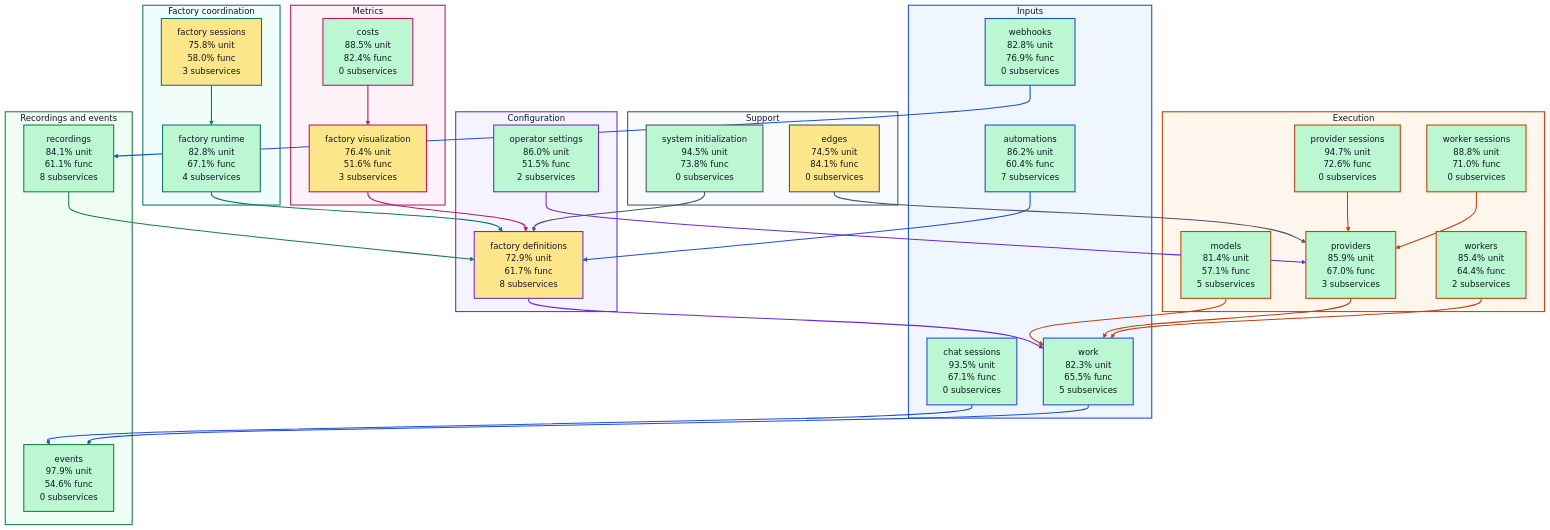
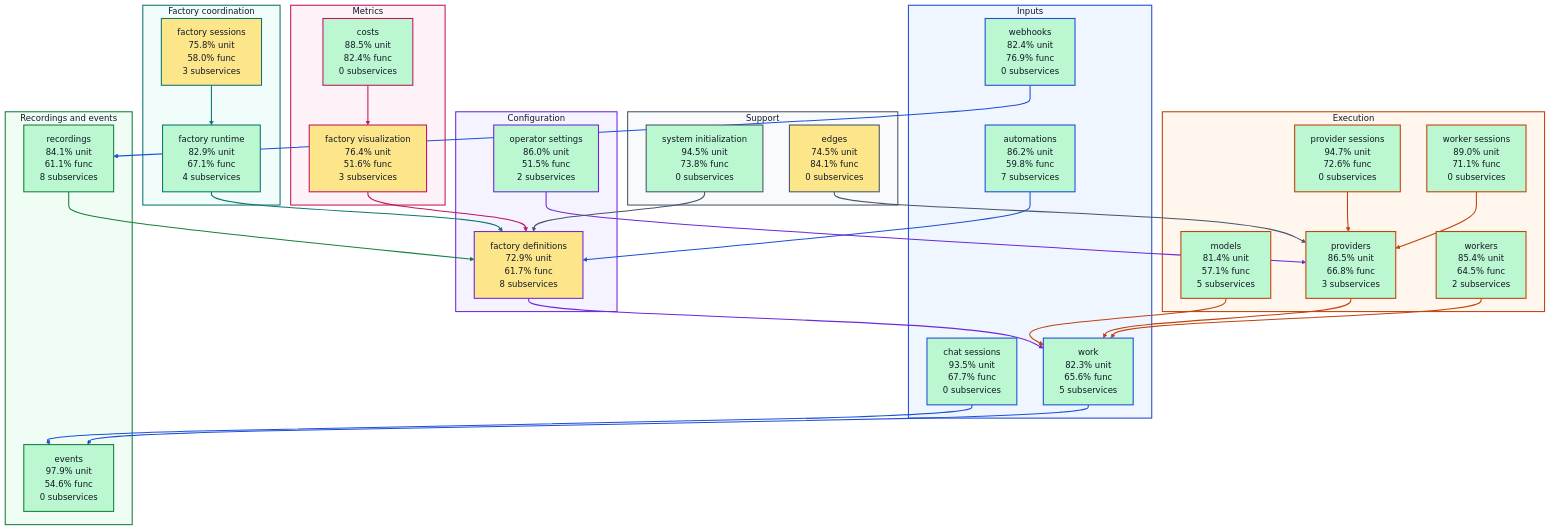
One commit to portpowered/you-agent-factory changed the diagram in docs/architecture/visualizations/high-level-test-coverage.md. Above: the diagram before and after it, drawn with Mermaid. The commit also changed other lines of this file and 20 other files, not shown here.

Commit message:
docs: refresh backend architecture visualizations

````diff
--- a/docs/architecture/visualizations/high-level-test-coverage.md
+++ b/docs/architecture/visualizations/high-level-test-coverage.md
@@ -11,25 +11,25 @@
 ```mermaid
 flowchart TB
   subgraph input["Inputs"]
-    s_services_automations["automations<br/>86.2% unit<br/>60.4% func<br/>7 subservices"]
-    s_services_chat_sessions["chat sessions<br/>93.5% unit<br/>67.1% func<br/>0 subservices"]
-    s_services_webhooks["webhooks<br/>82.8% unit<br/>76.9% func<br/>0 subservices"]
-    s_services_work["work<br/>82.3% unit<br/>65.5% func<br/>5 subservices"]
+    s_services_automations["automations<br/>86.2% unit<br/>59.8% func<br/>7 subservices"]
+    s_services_chat_sessions["chat sessions<br/>93.5% unit<br/>67.7% func<br/>0 subservices"]
+    s_services_webhooks["webhooks<br/>82.4% unit<br/>76.9% func<br/>0 subservices"]
+    s_services_work["work<br/>82.3% unit<br/>65.6% func<br/>5 subservices"]
   end
   subgraph configuration["Configuration"]
     s_services_factory_definitions["factory definitions<br/>72.9% unit<br/>61.7% func<br/>8 subservices"]
     s_services_operator_settings["operator settings<br/>86.0% unit<br/>51.5% func<br/>2 subservices"]
   end
   subgraph coordination["Factory coordination"]
-    s_services_factory_runtime["factory runtime<br/>82.8% unit<br/>67.1% func<br/>4 subservices"]
+    s_services_factory_runtime["factory runtime<br/>82.9% unit<br/>67.1% func<br/>4 subservices"]
     s_services_factory_sessions["factory sessions<br/>75.8% unit<br/>58.0% func<br/>3 subservices"]
   end
   subgraph execution["Execution"]
     s_services_models["models<br/>81.4% unit<br/>57.1% func<br/>5 subservices"]
     s_services_provider_sessions["provider sessions<br/>94.7% unit<br/>72.6% func<br/>0 subservices"]
-    s_services_providers["providers<br/>85.9% unit<br/>67.0% func<br/>3 subservices"]
-    s_services_worker_sessions["worker sessions<br/>88.8% unit<br/>71.0% func<br/>0 subservices"]
-    s_services_workers["workers<br/>85.4% unit<br/>64.4% func<br/>2 subservices"]
+    s_services_providers["providers<br/>86.5% unit<br/>66.8% func<br/>3 subservices"]
+    s_services_worker_sessions["worker sessions<br/>89.0% unit<br/>71.1% func<br/>0 subservices"]
+    s_services_workers["workers<br/>85.4% unit<br/>64.5% func<br/>2 subservices"]
   end
   subgraph recordings["Recordings and events"]
     s_services_events["events<br/>97.9% unit<br/>54.6% func<br/>0 subservices"]
````
